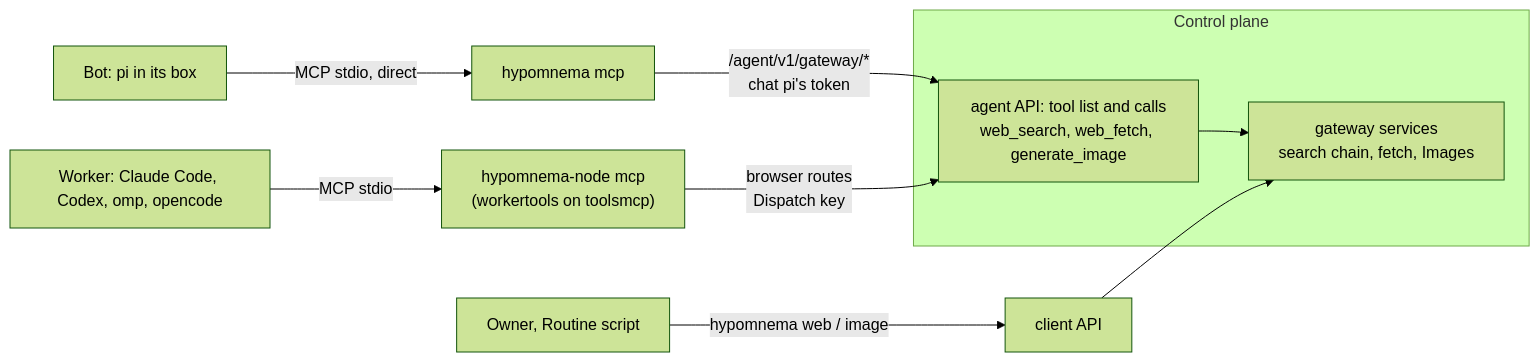
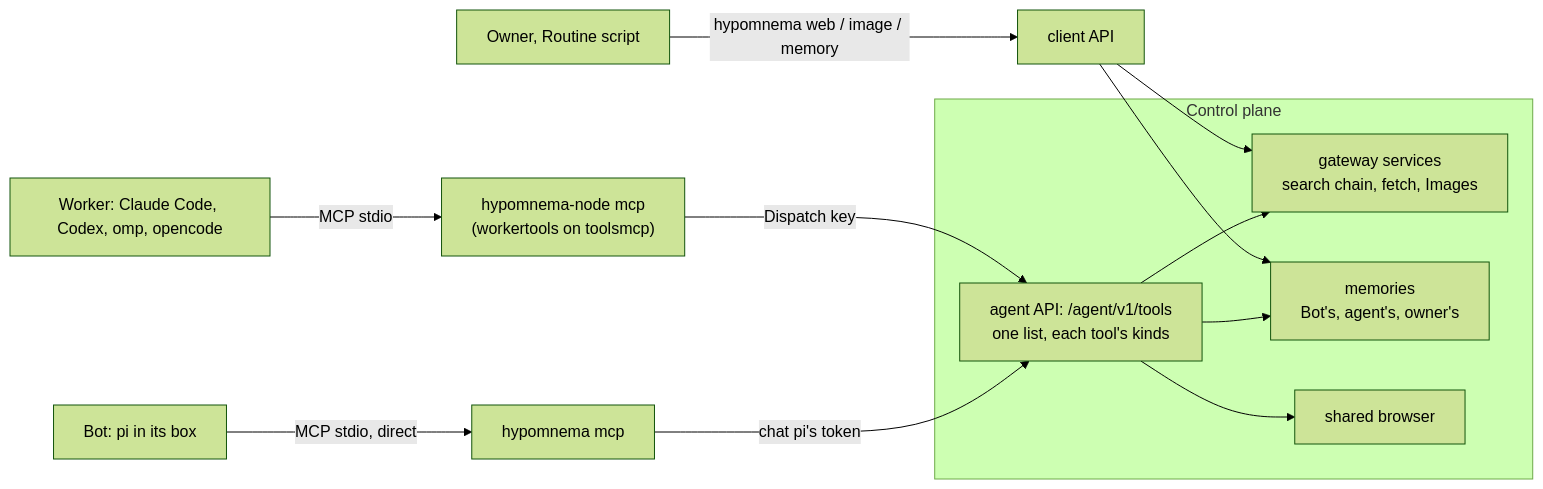
Before and after one commit to kl3inIT/hypomnema: the sixth of 6 diagrams in ARCHITECTURE.md, drawn with Mermaid (forest theme). The commit also changed other lines of this file and 18 other files, not shown here.

First line of the commit message:
feat(memory): one memory tool for Bots and workers (#536)

````diff
--- a/ARCHITECTURE.md
+++ b/ARCHITECTURE.md
@@ -2432,9 +2458,12 @@
 ```mermaid
 flowchart LR
     subgraph CP["Control plane"]
-        L["agent API: tool list and calls<br/>web_search, web_fetch, generate_image"] --> G["gateway services<br/>search chain, fetch, Images"]
+        L["agent API: /agent/v1/tools<br/>one list, each tool's kinds"] --> G["gateway services<br/>search chain, fetch, Images"]
+        L --> M["memories<br/>Bot's, agent's, owner's"]
+        L --> BR["shared browser"]
     end
-    P["Bot: pi in its box"] -- "MCP stdio, direct" --> B["hypomnema mcp"] -- "/agent/v1/gateway/*<br/>chat pi's token" --> L
-    W["Worker: Claude Code, Codex, omp, opencode"] -- "MCP stdio" --> N["hypomnema-node mcp<br/>(workertools on toolsmcp)"] -- "browser routes<br/>Dispatch key" --> L
-    O["Owner, Routine script"] -- "hypomnema web / image" --> C["client API"] --> G
+    P["Bot: pi in its box"] -- "MCP stdio, direct" --> B["hypomnema mcp"] -- "chat pi's token" --> L
+    W["Worker: Claude Code, Codex, omp, opencode"] -- "MCP stdio" --> N["hypomnema-node mcp<br/>(workertools on toolsmcp)"] -- "Dispatch key" --> L
+    O["Owner, Routine script"] -- "hypomnema web / image / memory" --> C["client API"] --> G
+    C --> M
 ```
````
